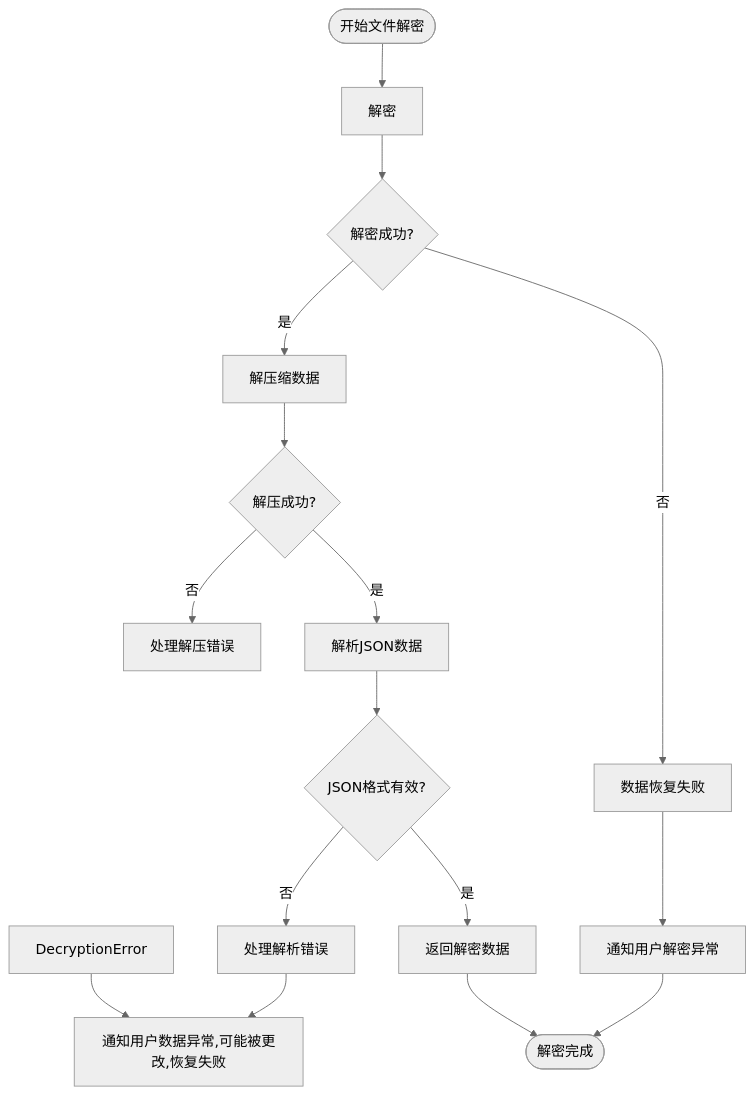
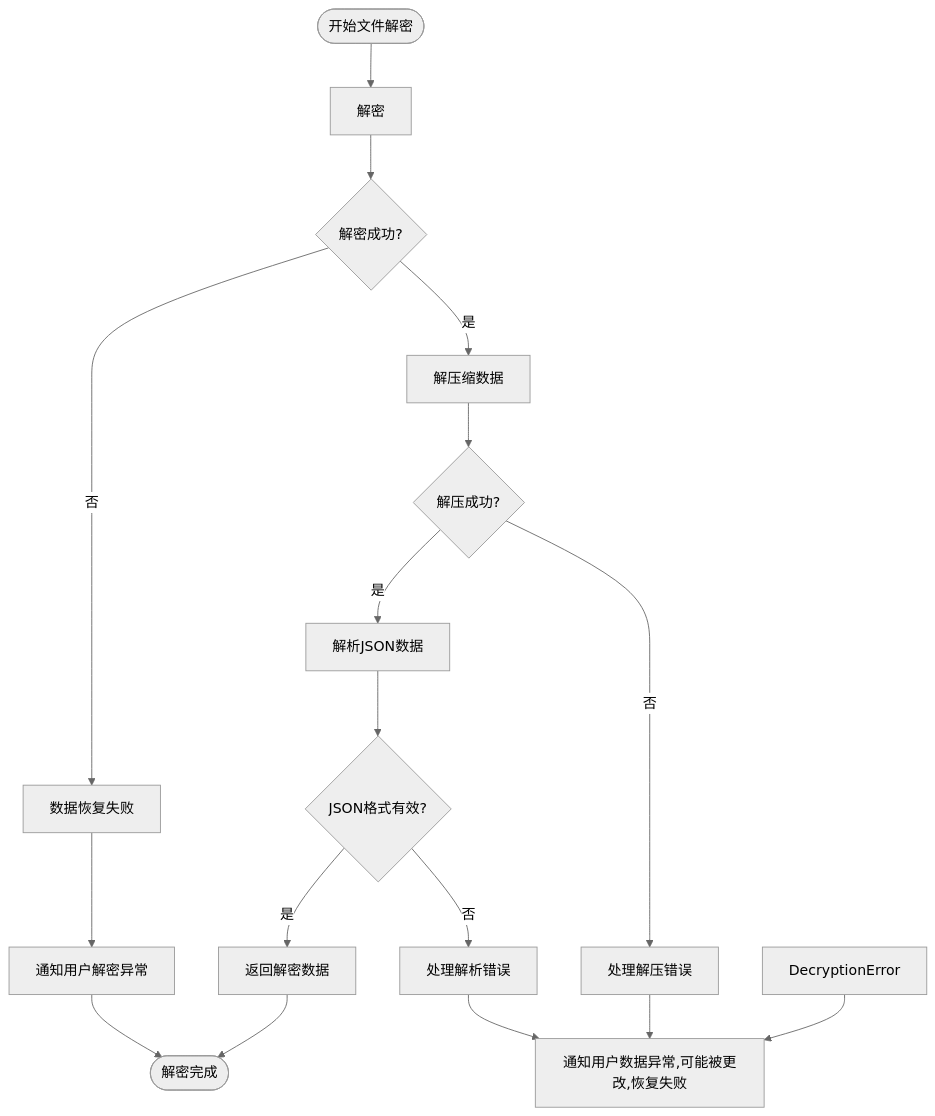
Before and after one commit to yingjianzh/iodraw-files: the diagram in all/未命名-53.md, drawn with Mermaid (neutral theme).

Commit message:
2025-05-09 18:13:08 update

````diff
--- a/all/未命名-53.md
+++ b/all/未命名-53.md
@@ -1,24 +1,25 @@
 ```mermaid
 flowchart TD
     Start([开始文件解密]) --> ReadFile[解密]
     ReadFile --> DecryptionSuccess{解密成功?}
     
     DecryptionSuccess -->|否| A[数据恢复失败]
     DecryptionSuccess -->|是| DecompressData[解压缩数据]
     
     DecompressData --> DecompressionSuccess{解压成功?}
     DecompressionSuccess -->|否| HandleDecompressError[处理解压错误]
     DecompressionSuccess -->|是| ParseJSON[解析JSON数据]
     
     ParseJSON --> JSONValid{JSON格式有效?}
     JSONValid -->|否| HandleParseError[处理解析错误]
     JSONValid -->|是| ReturnDecryptedData[返回解密数据]
     
     ReturnDecryptedData --> End([解密完成])
     
     DecryptionError --> LogError[通知用户数据异常,可能被更改,恢复失败]
+    HandleDecompressError --> LogError
     HandleParseError --> LogError
     
     A --> ThrowException[通知用户解密异常]
     ThrowException --> End
 ```
````
